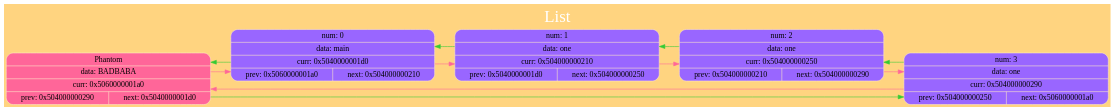
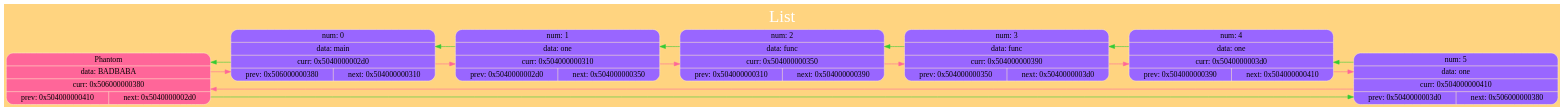
One commit to kand1bober/OOSD-Language changed the diagram in StringList/dump/ListGraph.dot. Above: the diagram before and after it, drawn with Graphviz. The commit also changed 9 other files, not shown here.

```diff
--- a/StringList/dump/ListGraph.dot
+++ b/StringList/dump/ListGraph.dot
@@ -1,28 +1,34 @@
 digraph G
 {
 label="List";
  labelloc="t";
  fontsize=30
  fontname="Verdana";
  fontcolor="#FFFFFF"
 
 rankdir=LR; splines=ortho; size="200,300"; bgcolor="#ffd480";
-{ node_0x5060000001a0 [shape = record; style="rounded, filled", fillcolor="#ff6699", color="#FFE9C7", label=" { Phantom } | { data: BADBABA } | { curr: 0x5060000001a0 } | { { prev: 0x504000000290 } | { next: 0x5040000001d0 } }  "] 
+{ node_0x506000000380 [shape = record; style="rounded, filled", fillcolor="#ff6699", color="#FFE9C7", label=" { Phantom } | { data: BADBABA } | { curr: 0x506000000380 } | { { prev: 0x504000000410 } | { next: 0x5040000002d0 } }  "] 
 }
-node_0x5040000001d0 [shape = record; style="rounded, filled", fillcolor="#9966FF", color="#FFE9C7", label=" { num: 0 } | { data: main } | { curr: 0x5040000001d0 } | { { prev: 0x5060000001a0 } | { next: 0x504000000210 } }  "] 
-node_0x504000000210 [shape = record; style="rounded, filled", fillcolor="#9966FF", color="#FFE9C7", label=" { num: 1 } | { data: one } | { curr: 0x504000000210 } | { { prev: 0x5040000001d0 } | { next: 0x504000000250 } }  "] 
-node_0x504000000250 [shape = record; style="rounded, filled", fillcolor="#9966FF", color="#FFE9C7", label=" { num: 2 } | { data: one } | { curr: 0x504000000250 } | { { prev: 0x504000000210 } | { next: 0x504000000290 } }  "] 
-node_0x504000000290 [shape = record; style="rounded, filled", fillcolor="#9966FF", color="#FFE9C7", label=" { num: 3 } | { data: one } | { curr: 0x504000000290 } | { { prev: 0x504000000250 } | { next: 0x5060000001a0 } }  "] 
+node_0x5040000002d0 [shape = record; style="rounded, filled", fillcolor="#9966FF", color="#FFE9C7", label=" { num: 0 } | { data: main } | { curr: 0x5040000002d0 } | { { prev: 0x506000000380 } | { next: 0x504000000310 } }  "] 
+node_0x504000000310 [shape = record; style="rounded, filled", fillcolor="#9966FF", color="#FFE9C7", label=" { num: 1 } | { data: one } | { curr: 0x504000000310 } | { { prev: 0x5040000002d0 } | { next: 0x504000000350 } }  "] 
+node_0x504000000350 [shape = record; style="rounded, filled", fillcolor="#9966FF", color="#FFE9C7", label=" { num: 2 } | { data: func } | { curr: 0x504000000350 } | { { prev: 0x504000000310 } | { next: 0x504000000390 } }  "] 
+node_0x504000000390 [shape = record; style="rounded, filled", fillcolor="#9966FF", color="#FFE9C7", label=" { num: 3 } | { data: func } | { curr: 0x504000000390 } | { { prev: 0x504000000350 } | { next: 0x5040000003d0 } }  "] 
+node_0x5040000003d0 [shape = record; style="rounded, filled", fillcolor="#9966FF", color="#FFE9C7", label=" { num: 4 } | { data: one } | { curr: 0x5040000003d0 } | { { prev: 0x504000000390 } | { next: 0x504000000410 } }  "] 
+node_0x504000000410 [shape = record; style="rounded, filled", fillcolor="#9966FF", color="#FFE9C7", label=" { num: 5 } | { data: one } | { curr: 0x504000000410 } | { { prev: 0x5040000003d0 } | { next: 0x506000000380 } }  "] 
 
-node_0x5060000001a0 -> node_0x5040000001d0 [color ="#ff6699"];
-node_0x5060000001a0 -> node_0x504000000290 [color ="#34cb34"];
-node_0x5040000001d0 -> node_0x504000000210 [color ="#ff6699"];
-node_0x5040000001d0 -> node_0x5060000001a0 [color ="#34cb34"];
-node_0x504000000210 -> node_0x504000000250 [color ="#ff6699"];
-node_0x504000000210 -> node_0x5040000001d0 [color ="#34cb34"];
-node_0x504000000250 -> node_0x504000000290 [color ="#ff6699"];
-node_0x504000000250 -> node_0x504000000210 [color ="#34cb34"];
-node_0x504000000290 -> node_0x5060000001a0 [color ="#ff6699"];
-node_0x504000000290 -> node_0x504000000250 [color ="#34cb34"];
+node_0x506000000380 -> node_0x5040000002d0 [color ="#ff6699"];
+node_0x506000000380 -> node_0x504000000410 [color ="#34cb34"];
+node_0x5040000002d0 -> node_0x504000000310 [color ="#ff6699"];
+node_0x5040000002d0 -> node_0x506000000380 [color ="#34cb34"];
+node_0x504000000310 -> node_0x504000000350 [color ="#ff6699"];
+node_0x504000000310 -> node_0x5040000002d0 [color ="#34cb34"];
+node_0x504000000350 -> node_0x504000000390 [color ="#ff6699"];
+node_0x504000000350 -> node_0x504000000310 [color ="#34cb34"];
+node_0x504000000390 -> node_0x5040000003d0 [color ="#ff6699"];
+node_0x504000000390 -> node_0x504000000350 [color ="#34cb34"];
+node_0x5040000003d0 -> node_0x504000000410 [color ="#ff6699"];
+node_0x5040000003d0 -> node_0x504000000390 [color ="#34cb34"];
+node_0x504000000410 -> node_0x506000000380 [color ="#ff6699"];
+node_0x504000000410 -> node_0x5040000003d0 [color ="#34cb34"];
 
 }
```
